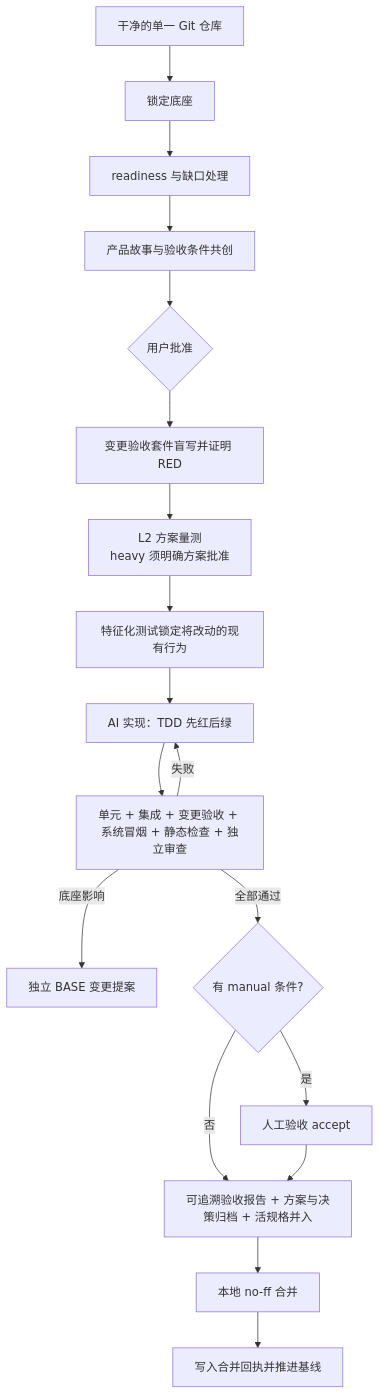
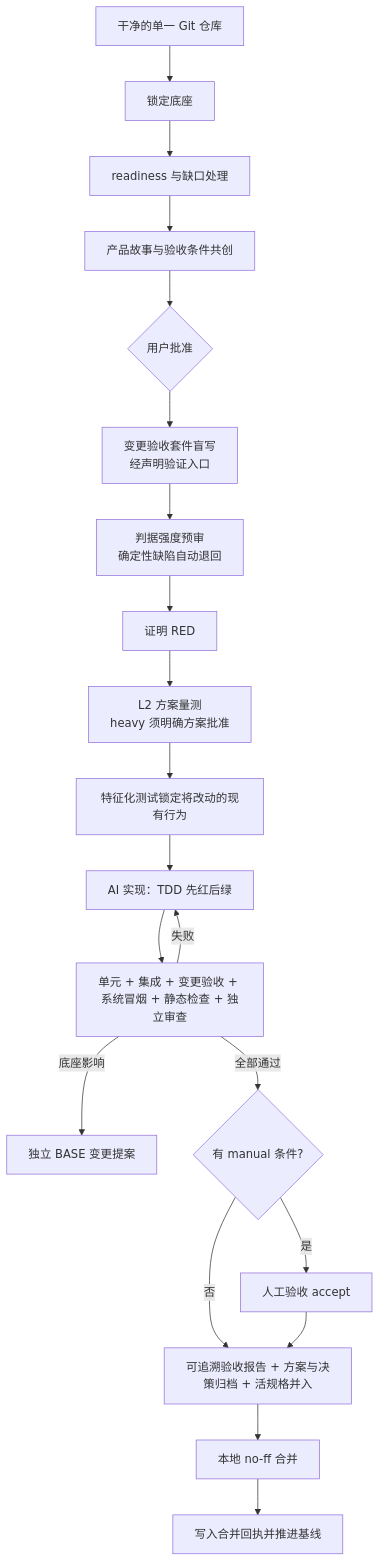
The diagram in README.md (jinlin725168-ai/storyloop), drawn with Mermaid before and after one commit. The commit also changed other lines of this file and 6 other files, not shown here.

````diff
--- a/README.md
+++ b/README.md
@@ -70,20 +75,22 @@
 ```mermaid
 flowchart TD
     A[干净的单一 Git 仓库] --> B[锁定底座]
     B --> R[readiness 与缺口处理]
     R --> C[产品故事与验收条件共创]
     C --> D{用户批准}
-    D --> E[变更验收套件盲写并证明 RED]
-    E --> E1[L2 方案量测<br/>heavy 须明确方案批准]
+    D --> E[变更验收套件盲写<br/>经声明验证入口]
+    E --> EP[判据强度预审<br/>确定性缺陷自动退回]
+    EP --> ER[证明 RED]
+    ER --> E1[L2 方案量测<br/>heavy 须明确方案批准]
     E1 --> E2[特征化测试锁定将改动的现有行为]
     E2 --> F[AI 实现：TDD 先红后绿]
     F --> G[单元 + 集成 + 变更验收 + 系统冒烟 + 静态检查 + 独立审查]
     G -->|失败| F
     G -->|底座影响| H[独立 BASE 变更提案]
     G -->|全部通过| H2{有 manual 条件?}
     H2 -->|是| M[人工验收 accept]
     H2 -->|否| I
     M --> I[可追溯验收报告 + 方案与决策归档 + 活规格并入]
     I --> J[本地 no-ff 合并]
     J --> K[写入合并回执并推进基线]
 ```
````
